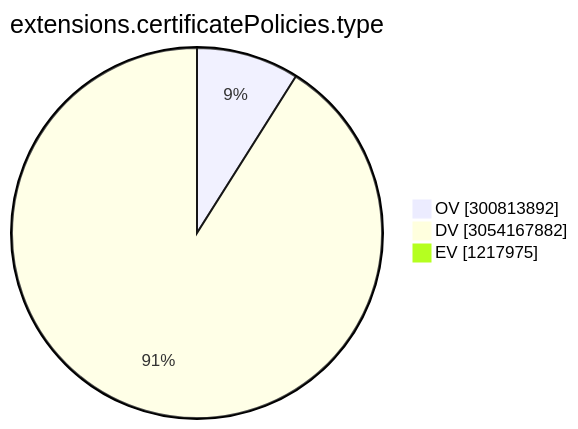
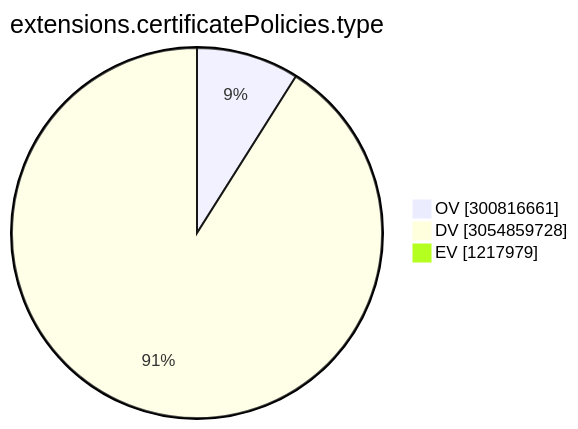
Before and after one commit to christiankrug/ctmonitor_visualization: the ninth of 15 diagrams in TOTAL/README.md, drawn with Mermaid. The commit also changed other lines of this file, not shown here.

````diff
--- a/TOTAL/README.md
+++ b/TOTAL/README.md
@@ -3102,7 +3102,7 @@
 ```mermaid
 pie showData
 title extensions.certificatePolicies.type
-"OV" :300813892
-"DV" :3054167882
-"EV" :1217975
+"OV" :300816661
+"DV" :3054859728
+"EV" :1217979
 ```
````
